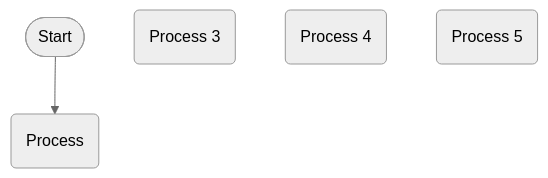
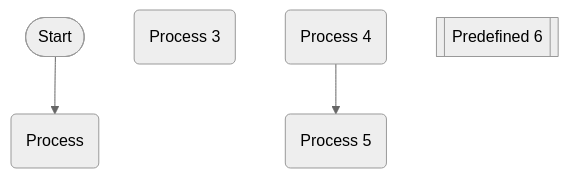
The diagram in mmd/123_d22cec79-3754-4ade-aaa7-3f3325730ef2.mmd (pingpm/mermaid_vault), drawn with Mermaid (neutral theme) before and after one commit. The commit also changed 3 other files, not shown here.

Commit message:
Sync Mermaid Studio data (20 diagrams)

```diff
--- a/mmd/123_d22cec79-3754-4ade-aaa7-3f3325730ef2.mmd
+++ b/mmd/123_d22cec79-3754-4ade-aaa7-3f3325730ef2.mmd
@@ -1,7 +1,9 @@
 flowchart TD
   n_0(["Start"])
   n_1("Process")
   n_2("Process 3")
   n_3("Process 4")
   n_4("Process 5")
+  n_5[["Predefined 6"]]
   n_0 --> n_1
+  n_3 --> n_4
```
